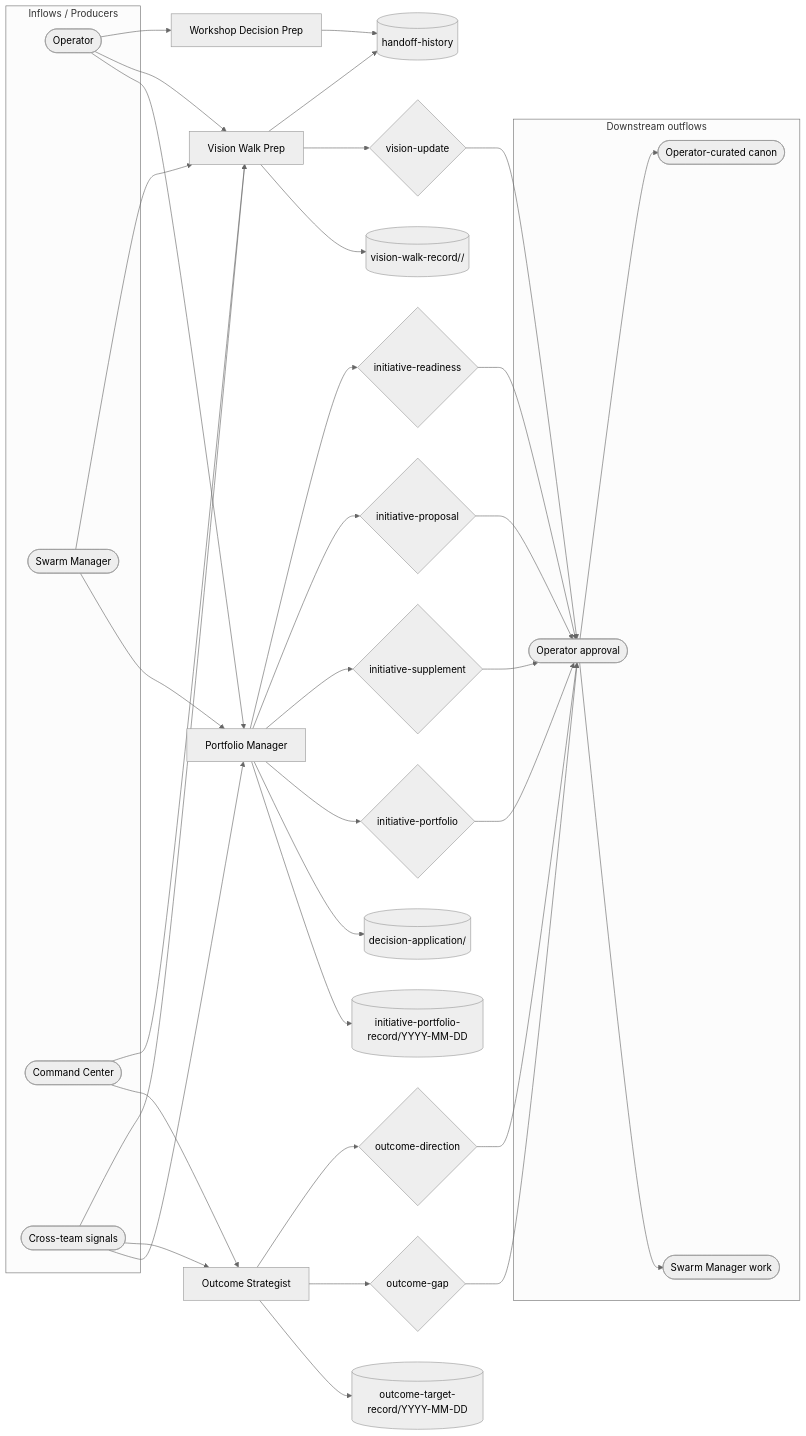
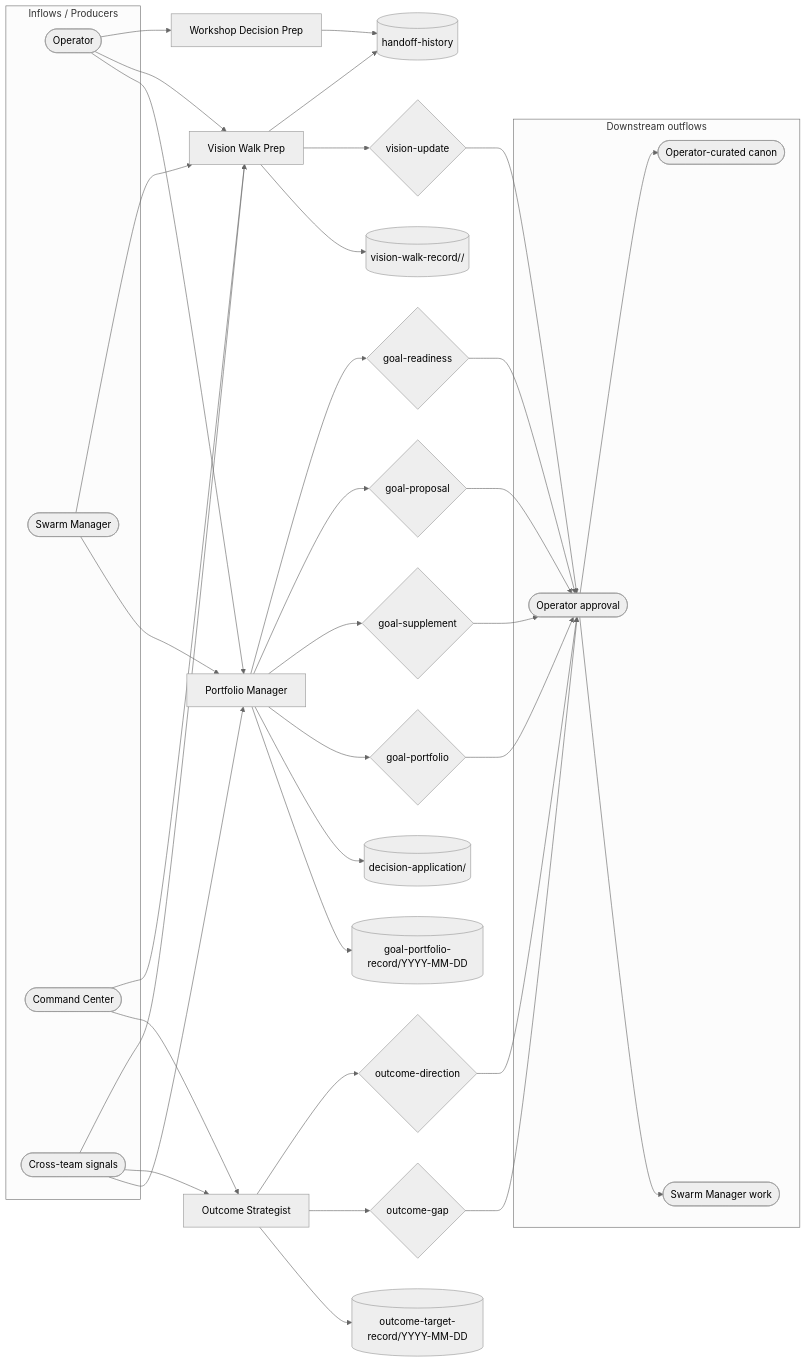
One commit to Vrooli/Vrooli changed the diagram in docs/director-swarm/operating/OPERATING_MODEL.md. Above: the diagram before and after it, drawn with Mermaid (neutral theme). The commit also changed other lines of this file and 70 other files, not shown here.

```diff
--- a/docs/director-swarm/operating/OPERATING_MODEL.md
+++ b/docs/director-swarm/operating/OPERATING_MODEL.md
@@ -74,8 +74,8 @@
   %% Topics
   %% @node APP topic:decision-application/<decision-id>
   APP[(decision-application/<decision-id>)]
-  %% @node PORT topic:initiative-portfolio-record/YYYY-MM-DD
-  PORT[(initiative-portfolio-record/YYYY-MM-DD)]
+  %% @node PORT topic:goal-portfolio-record/YYYY-MM-DD
+  PORT[(goal-portfolio-record/YYYY-MM-DD)]
   %% @node OUT topic:outcome-target-record/YYYY-MM-DD
   OUT[(outcome-target-record/YYYY-MM-DD)]
   %% @node WALK topic:vision-walk-record/<date>/<slug>
@@ -84,14 +84,14 @@
   HANDOFF[(handoff-history)]
 
   %% Decisions
-  %% @node IP decision:initiative-portfolio
-  IP{initiative-portfolio}
-  %% @node IS decision:initiative-supplement
-  IS{initiative-supplement}
-  %% @node IPR decision:initiative-proposal
-  IPR{initiative-proposal}
-  %% @node IR decision:initiative-readiness
-  IR{initiative-readiness}
+  %% @node IP decision:goal-portfolio
+  IP{goal-portfolio}
+  %% @node IS decision:goal-supplement
+  IS{goal-supplement}
+  %% @node IPR decision:goal-proposal
+  IPR{goal-proposal}
+  %% @node IR decision:goal-readiness
+  IR{goal-readiness}
   %% @node OG decision:outcome-gap
   OG{outcome-gap}
   %% @node OD decision:outcome-direction
```
